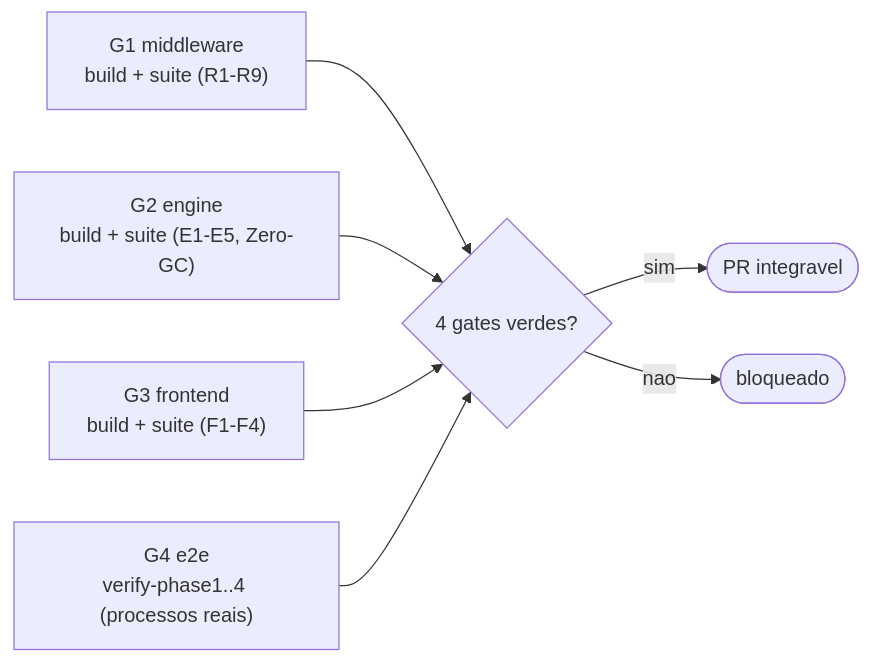
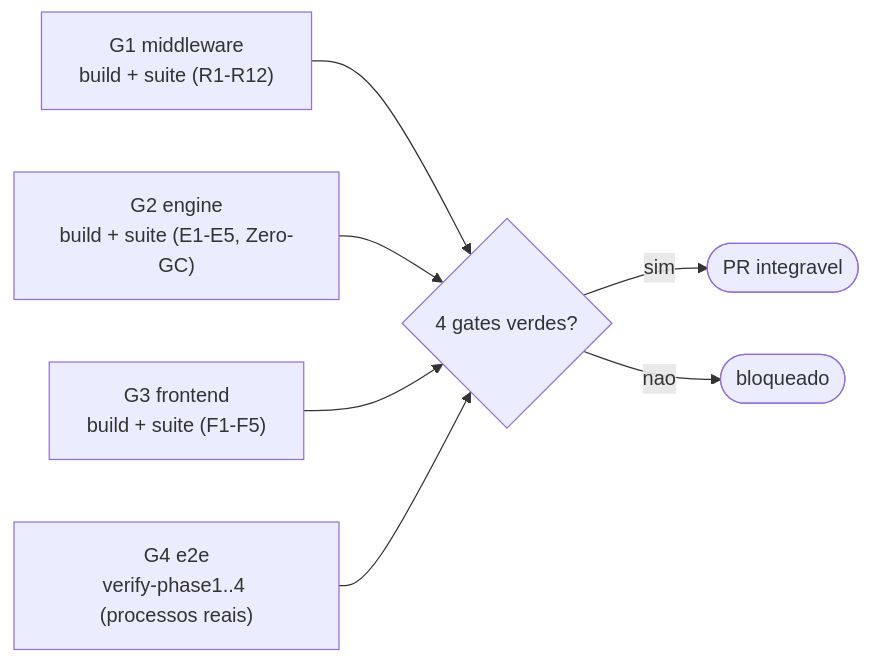
Before and after one commit to flaviotinococoutinho/Gridsmith: the fifth of 5 diagrams in docs/GOVERNANCE.md, drawn with Mermaid. The commit also changed other lines of this file and 49 other files, not shown here.

````diff
--- a/docs/GOVERNANCE.md
+++ b/docs/GOVERNANCE.md
@@ -218,9 +227,9 @@
 ```mermaid
 graph LR
-  G1["G1 middleware<br/>build + suite (R1-R9)"] --> J{"4 gates verdes?"}
+  G1["G1 middleware<br/>build + suite (R1-R12)"] --> J{"4 gates verdes?"}
   G2["G2 engine<br/>build + suite (E1-E5, Zero-GC)"] --> J
-  G3["G3 frontend<br/>build + suite (F1-F4)"] --> J
+  G3["G3 frontend<br/>build + suite (F1-F5)"] --> J
   G4["G4 e2e<br/>verify-phase1..4 (processos reais)"] --> J
   J -->|"sim"| OK(["PR integravel"])
   J -->|"nao"| NO(["bloqueado"])
 ```
````
